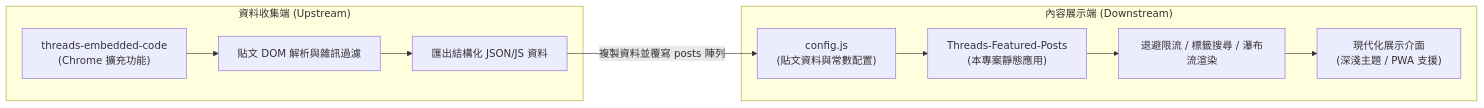
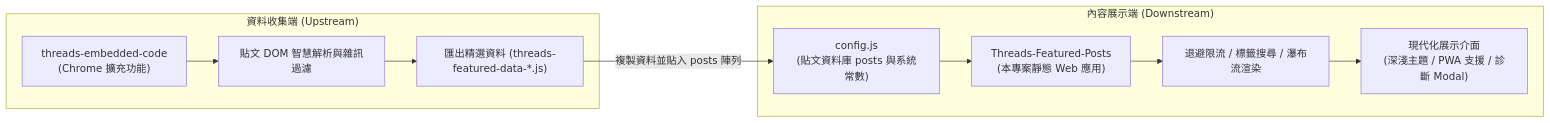
Before and after one commit to Scorpio-meow/Threads-Featured-Posts: the first of 3 diagrams in README.md, drawn with Mermaid. The commit also changed other lines of this file and 2 other files, not shown here.

````diff
--- a/README.md
+++ b/README.md
@@ -13,19 +93,19 @@
 ```mermaid
 flowchart LR
     subgraph Upstream ["資料收集端 (Upstream)"]
         Collector["threads-embedded-code\n(Chrome 擴充功能)"]
-        Parser["貼文 DOM 解析與雜訊過濾"]
-        Export["匯出結構化 JSON/JS 資料"]
+        Parser["貼文 DOM 智慧解析與雜訊過濾"]
+        Export["匯出精選資料 (threads-featured-data-*.js)"]
         Collector --> Parser --> Export
     end
 
     subgraph Downstream ["內容展示端 (Downstream)"]
-        Config["config.js\n(貼文資料與常數配置)"]
-        Viewer["Threads-Featured-Posts\n(本專案靜態應用)"]
+        Config["config.js\n(貼文資料庫 posts 與系統常數)"]
+        Viewer["Threads-Featured-Posts\n(本專案靜態 Web 應用)"]
         Engine["退避限流 / 標籤搜尋 / 瀑布流渲染"]
-        UI["現代化展示介面\n(深淺主題 / PWA 支援)"]
+        UI["現代化展示介面\n(深淺主題 / PWA 支援 / 診斷 Modal)"]
         Config --> Viewer --> Engine --> UI
     end
 
-    Export -- "複製資料並覆寫 posts 陣列" --> Config
+    Export -- "複製資料並貼入 posts 陣列" --> Config
 ```
````
